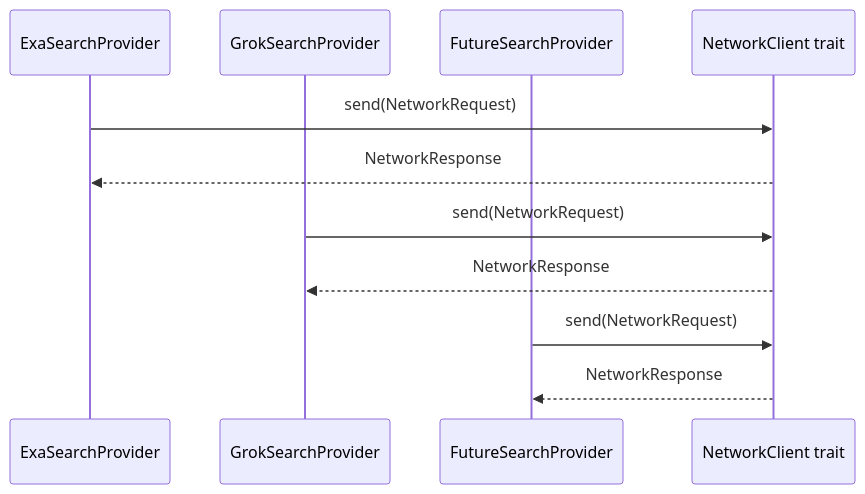
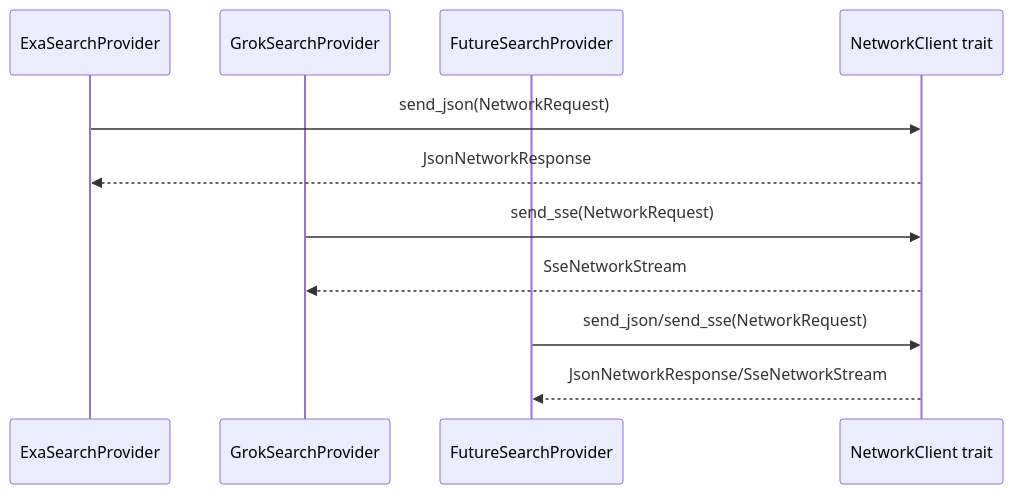
The fourth of 5 diagrams in docs/research-agent-product.md (Runa798/fathomx), drawn with Mermaid before and after one commit. The commit also changed other lines of this file and 108 other files, not shown here.

````diff
--- a/docs/research-agent-product.md
+++ b/docs/research-agent-product.md
@@ -545,14 +522,14 @@
 ```mermaid
 sequenceDiagram
   participant Exa as ExaSearchProvider
   participant Grok as GrokSearchProvider
   participant Future as FutureSearchProvider
   participant Net as NetworkClient trait
 
-  Exa->>Net: send(NetworkRequest)
-  Net-->>Exa: NetworkResponse
-  Grok->>Net: send(NetworkRequest)
-  Net-->>Grok: NetworkResponse
-  Future->>Net: send(NetworkRequest)
-  Net-->>Future: NetworkResponse
+  Exa->>Net: send_json(NetworkRequest)
+  Net-->>Exa: JsonNetworkResponse
+  Grok->>Net: send_sse(NetworkRequest)
+  Net-->>Grok: SseNetworkStream
+  Future->>Net: send_json/send_sse(NetworkRequest)
+  Net-->>Future: JsonNetworkResponse/SseNetworkStream
 ```
````
